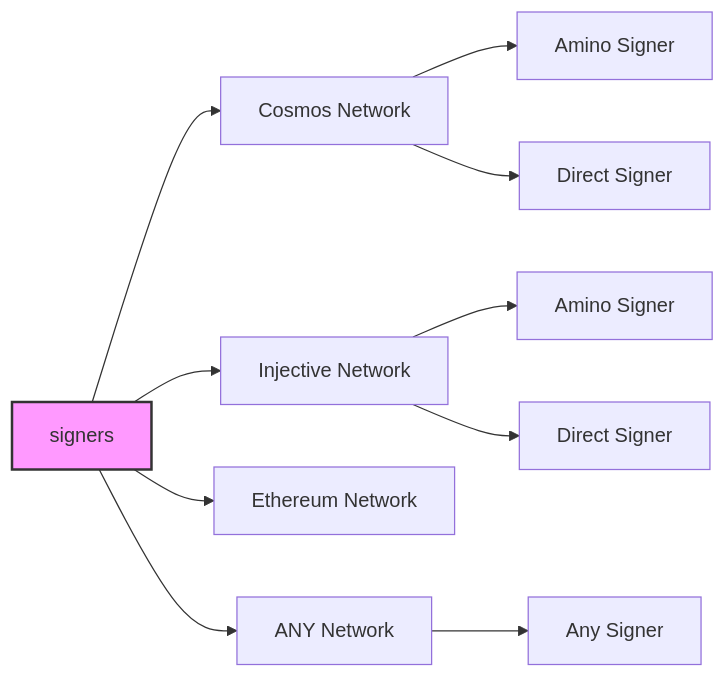
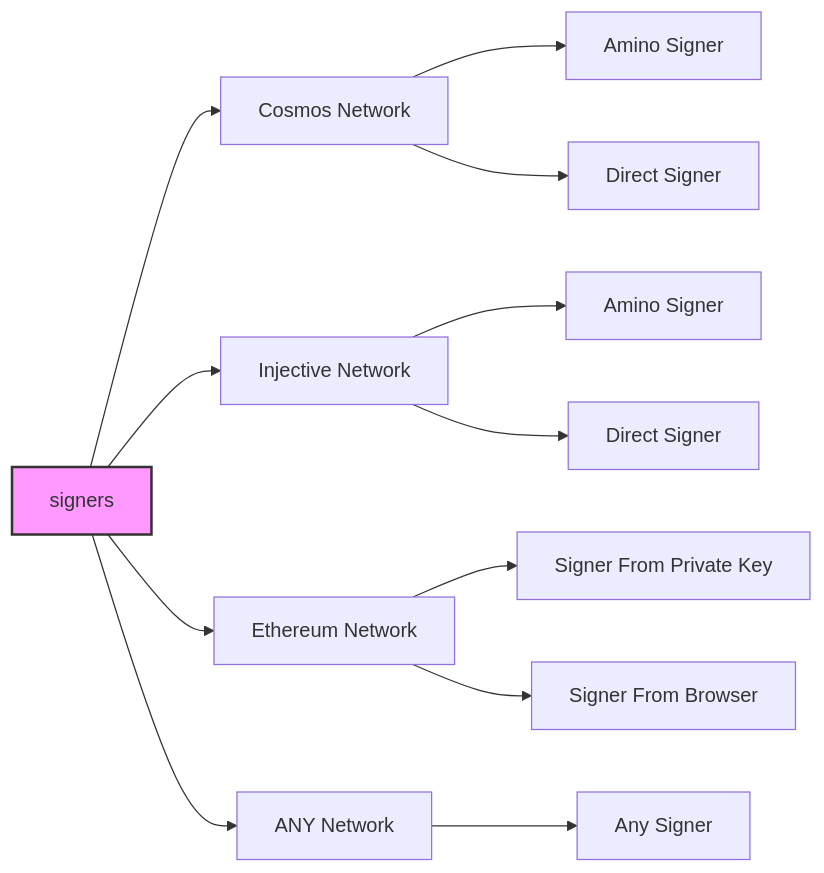
Before and after one commit to hyperweb-io/interchainjs: the first of 2 diagrams in docs/index.mdx, drawn with Mermaid. The commit also changed 3 other files, not shown here.

````diff
--- a/docs/index.mdx
+++ b/docs/index.mdx
@@ -75,17 +75,20 @@
 ```mermaid
 graph LR
     signers --> cosmos_signer["Cosmos Network"]
     signers --> injective_signer["Injective Network"]
     signers --> ethereum_signer["Ethereum Network"]
     signers --> implement_signer["ANY Network"]
 
     cosmos_signer --> cosmos_amino["Amino Signer"]
     cosmos_signer --> cosmos_direct["Direct Signer"]
 
+    ethereum_signer --> signer_from_from_private_key["Signer From Private Key"]
+    ethereum_signer --> signer_from_from_private_browser["Signer From Browser"]
+
     injective_signer --> injective_amino["Amino Signer"]
     injective_signer --> injective_direct["Direct Signer"]
 
     implement_signer --> any_signer["Any Signer"]
 
     style signers fill:#f9f,stroke:#333,stroke-width:2px
 ```
````
